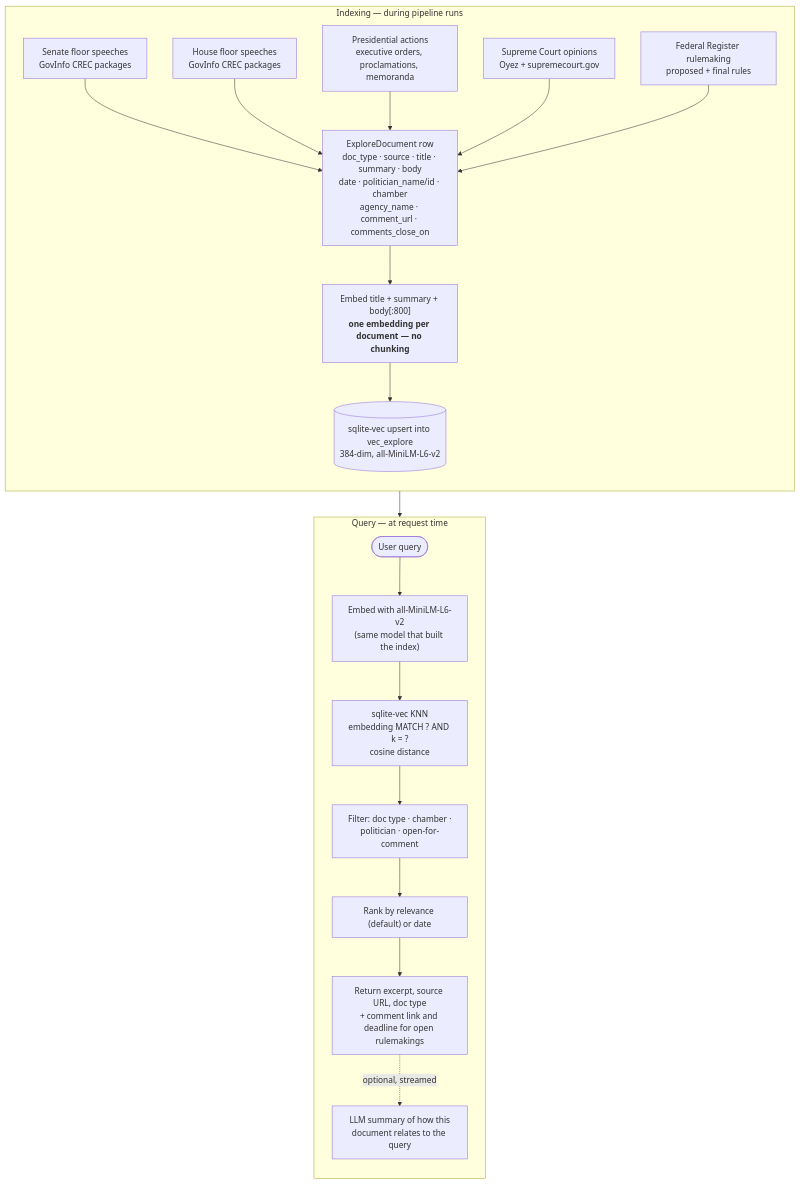
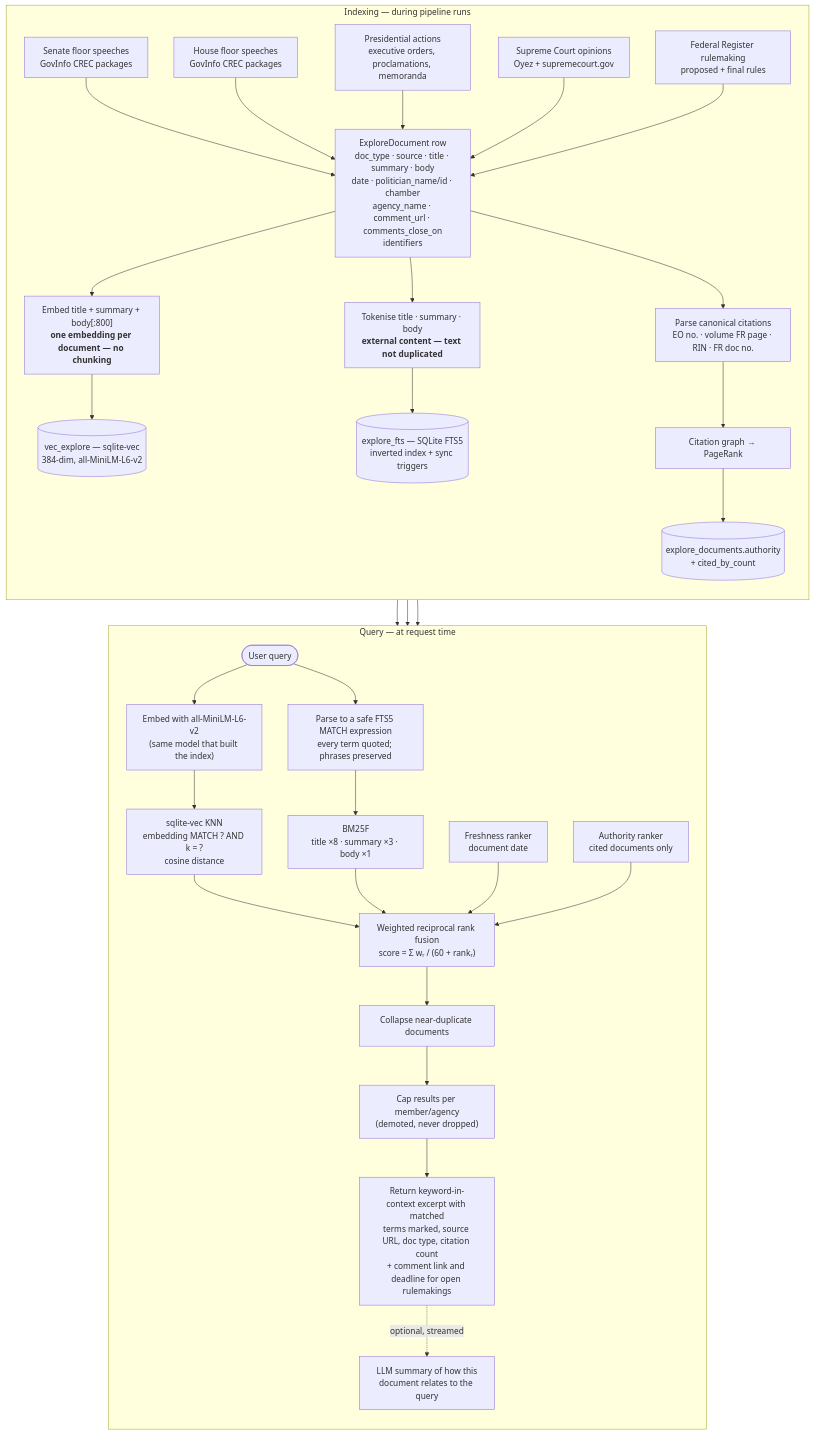
The diagram in docs/diagrams/09-explore-search.md (kamoras/civitas), drawn with Mermaid before and after one commit. The commit also changed other lines of this file and 36 other files, not shown here.

First line of the commit message:
feat(explore): hybrid search — BM25F keyword channel, RRF fusion, citation PageRank (#316)

````diff
--- a/docs/diagrams/09-explore-search.md
+++ b/docs/diagrams/09-explore-search.md
@@ -7,33 +9,53 @@
 ```mermaid
 flowchart TB
     subgraph INDEX["Indexing — during pipeline runs"]
         direction TB
         S1["Senate floor speeches<br/>GovInfo CREC packages"]
         S2["House floor speeches<br/>GovInfo CREC packages"]
         S3["Presidential actions<br/>executive orders, proclamations, memoranda"]
         S4["Supreme Court opinions<br/>Oyez + supremecourt.gov"]
         S5["Federal Register rulemaking<br/>proposed + final rules"]
 
         S1 --> DOC
         S2 --> DOC
         S3 --> DOC
         S4 --> DOC
         S5 --> DOC
 
-        DOC["ExploreDocument row<br/>doc_type · source · title · summary · body<br/>date · politician_name/id · chamber<br/>agency_name · comment_url · comments_close_on"]
+        DOC["ExploreDocument row<br/>doc_type · source · title · summary · body<br/>date · politician_name/id · chamber<br/>agency_name · comment_url · comments_close_on<br/>identifiers"]
+
         DOC --> EMB["Embed title + summary + body[:800]<br/><b>one embedding per document — no chunking</b>"]
-        EMB --> UPSERT[("sqlite-vec upsert into vec_explore<br/>384-dim, all-MiniLM-L6-v2")]
+        DOC --> FTS["Tokenise title · summary · body<br/><b>external content — text not duplicated</b>"]
+        DOC --> CITE["Parse canonical citations<br/>EO no. · volume FR page · RIN · FR doc no."]
+
+        EMB --> UPSERT[("vec_explore — sqlite-vec<br/>384-dim, all-MiniLM-L6-v2")]
+        FTS --> FTSIDX[("explore_fts — SQLite FTS5<br/>inverted index + sync triggers")]
+        CITE --> GRAPH["Citation graph → PageRank"]
+        GRAPH --> AUTH[("explore_documents.authority<br/>+ cited_by_count")]
     end
 
     subgraph QUERY["Query — at request time"]
         direction TB
-        Q(["User query"]) --> QEMB["Embed with all-MiniLM-L6-v2<br/>(same model that built the index)"]
+        Q(["User query"])
+        Q --> QEMB["Embed with all-MiniLM-L6-v2<br/>(same model that built the index)"]
+        Q --> QPARSE["Parse to a safe FTS5 MATCH expression<br/>every term quoted; phrases preserved"]
+
         QEMB --> ANN["sqlite-vec KNN<br/>embedding MATCH ? AND k = ?<br/>cosine distance"]
-        ANN --> FILT["Filter: doc type · chamber ·<br/>politician · open-for-comment"]
-        FILT --> SORT["Rank by relevance (default) or date"]
-        SORT --> OUT["Return excerpt, source URL, doc type<br/>+ comment link and deadline for open rulemakings"]
+        QPARSE --> BM25["BM25F<br/>title ×8 · summary ×3 · body ×1"]
+
+        ANN --> FUSE
+        BM25 --> FUSE
+        FRESH["Freshness ranker<br/>document date"] --> FUSE
+        AUTHR["Authority ranker<br/>cited documents only"] --> FUSE
+
+        FUSE["Weighted reciprocal rank fusion<br/>score = Σ wᵣ / (60 + rankᵣ)"]
+        FUSE --> DEDUP["Collapse near-duplicate documents"]
+        DEDUP --> DIV["Cap results per member/agency<br/>(demoted, never dropped)"]
+        DIV --> OUT["Return keyword-in-context excerpt with matched<br/>terms marked, source URL, doc type, citation count<br/>+ comment link and deadline for open rulemakings"]
         OUT -.->|"optional, streamed"| SUM["LLM summary of how this<br/>document relates to the query"]
     end
 
     UPSERT --> ANN
+    FTSIDX --> BM25
+    AUTH --> AUTHR
 ```
````
